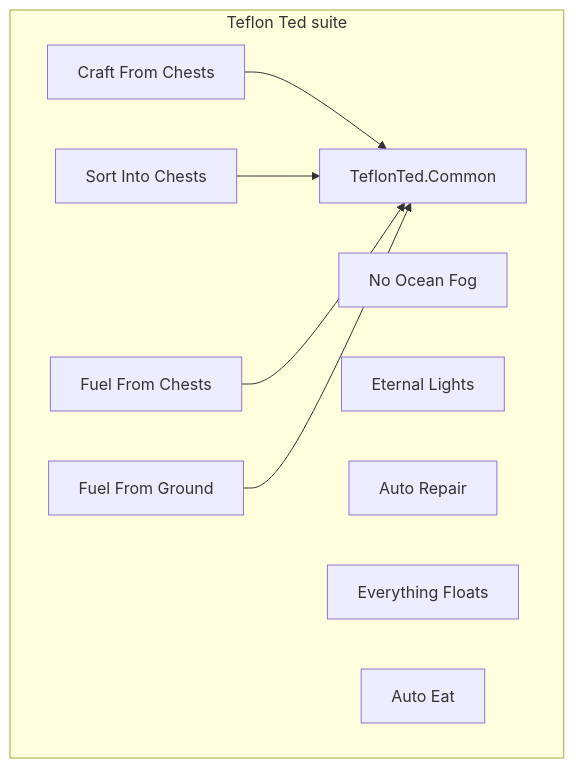
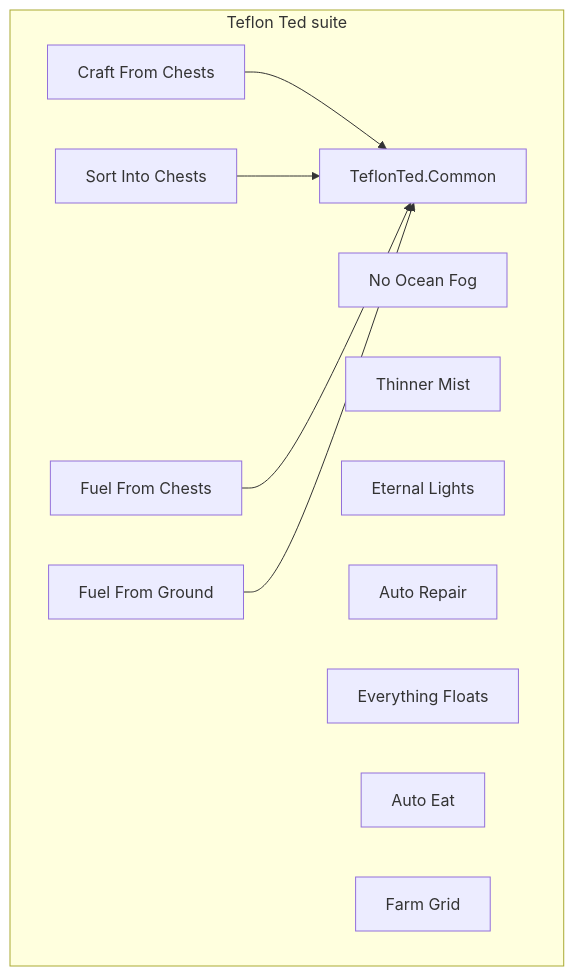
One commit to trak3r/valheim changed the diagram in README.md. Above: the diagram before and after it, drawn with Mermaid. The commit also changed other lines of this file and 6 other files, not shown here.

First line of the commit message:
Add Thinner Mist: lighter Mistlands ParticleMist without Foglands extras.

````diff
--- a/README.md
+++ b/README.md
@@ -5,19 +5,21 @@
 ```mermaid
 flowchart TB
   subgraph suite [Teflon Ted suite]
     Common[TeflonTed.Common]
     Craft[Craft From Chests]
     Sort[Sort Into Chests]
     FuelC[Fuel From Chests]
     FuelG[Fuel From Ground]
     Fog[No Ocean Fog]
+    Mist[Thinner Mist]
     Lights[Eternal Lights]
     Repair[Auto Repair]
     Float[Everything Floats]
     Eat[Auto Eat]
+    Farm[Farm Grid]
   end
   Craft --> Common
   Sort --> Common
   FuelC --> Common
   FuelG --> Common
 ```
````
